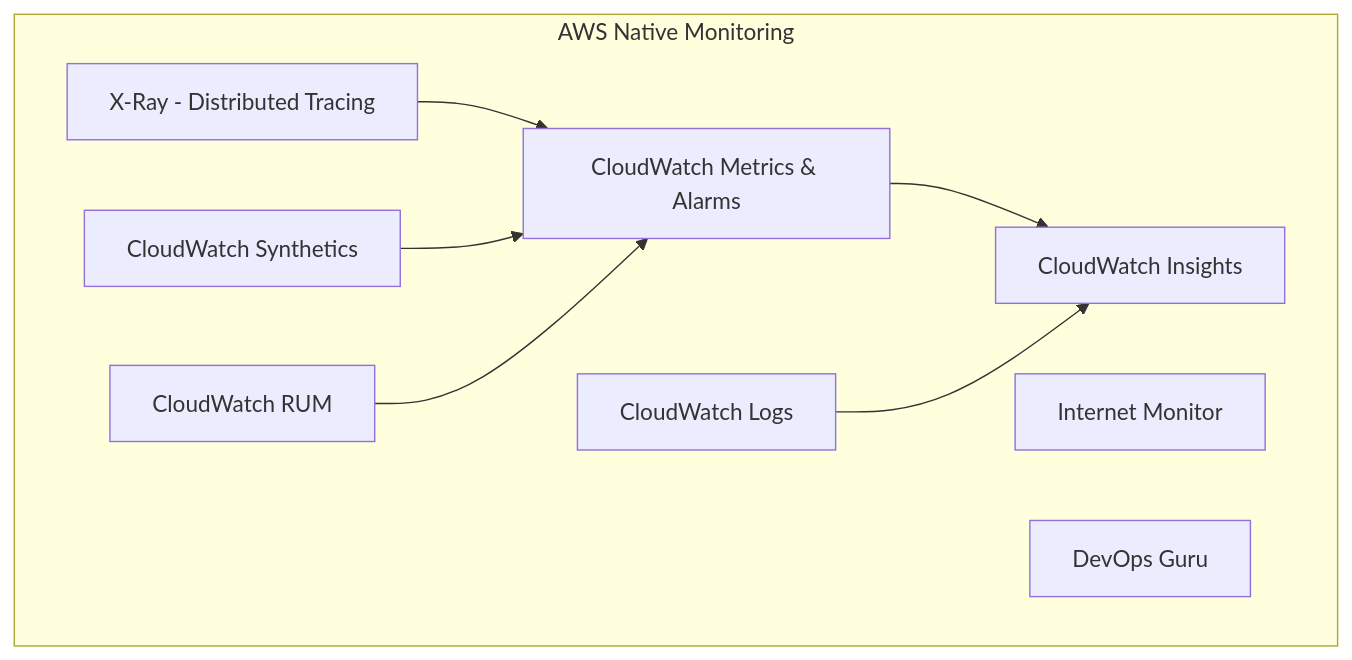
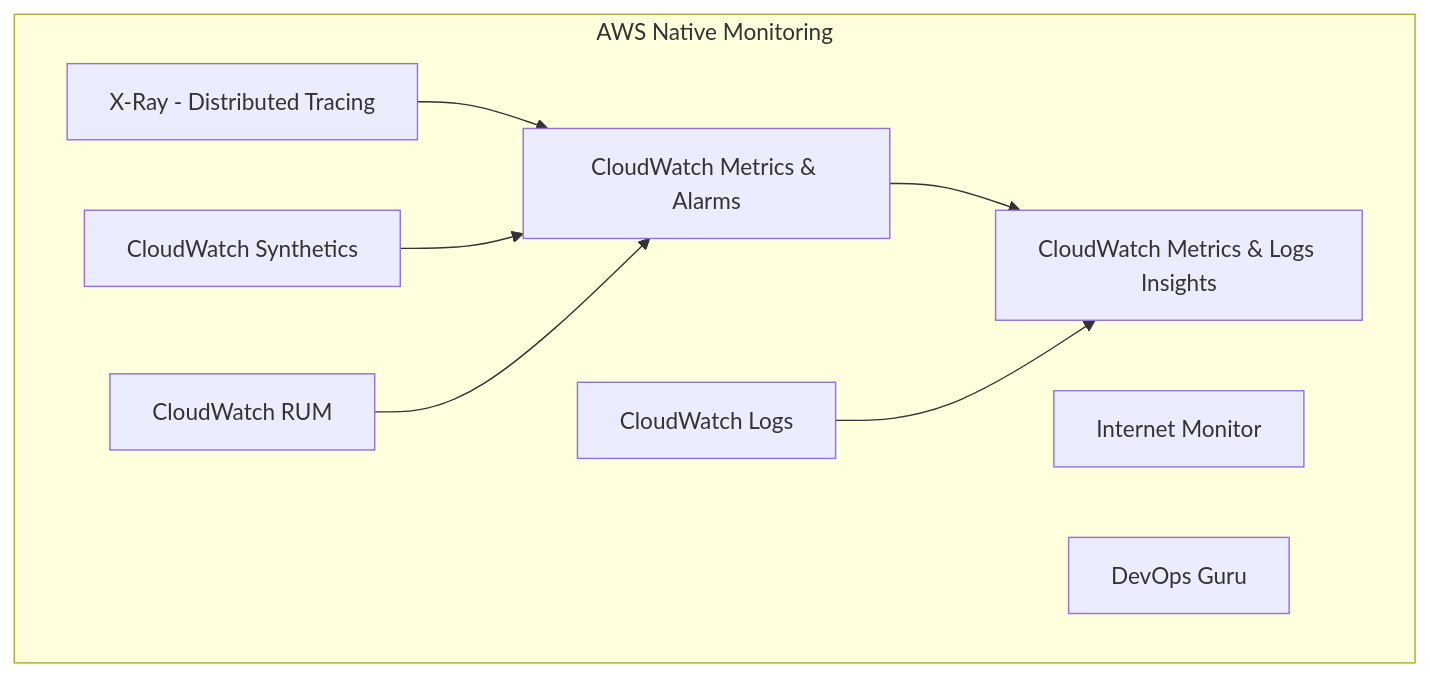
Before and after one commit to OneUptime/blog: the first of 3 diagrams in posts/2026-02-13-aws-monitoring-tools-comparison/README.md, drawn with Mermaid. The commit also changed other lines of this file and 2 other files, not shown here.

````diff
--- a/posts/2026-02-13-aws-monitoring-tools-comparison/README.md
+++ b/posts/2026-02-13-aws-monitoring-tools-comparison/README.md
@@ -17,18 +17,18 @@
 ```mermaid
 flowchart TD
     subgraph "AWS Native Monitoring"
         CW[CloudWatch Metrics & Alarms]
         CWL[CloudWatch Logs]
-        CWI[CloudWatch Insights]
+        CWI[CloudWatch Metrics & Logs Insights]
         XR[X-Ray - Distributed Tracing]
         CWS[CloudWatch Synthetics]
         CWR[CloudWatch RUM]
         IM[Internet Monitor]
         DV[DevOps Guru]
     end
     CW --> CWI
     CWL --> CWI
     XR --> CW
     CWS --> CW
     CWR --> CW
 ```
````
